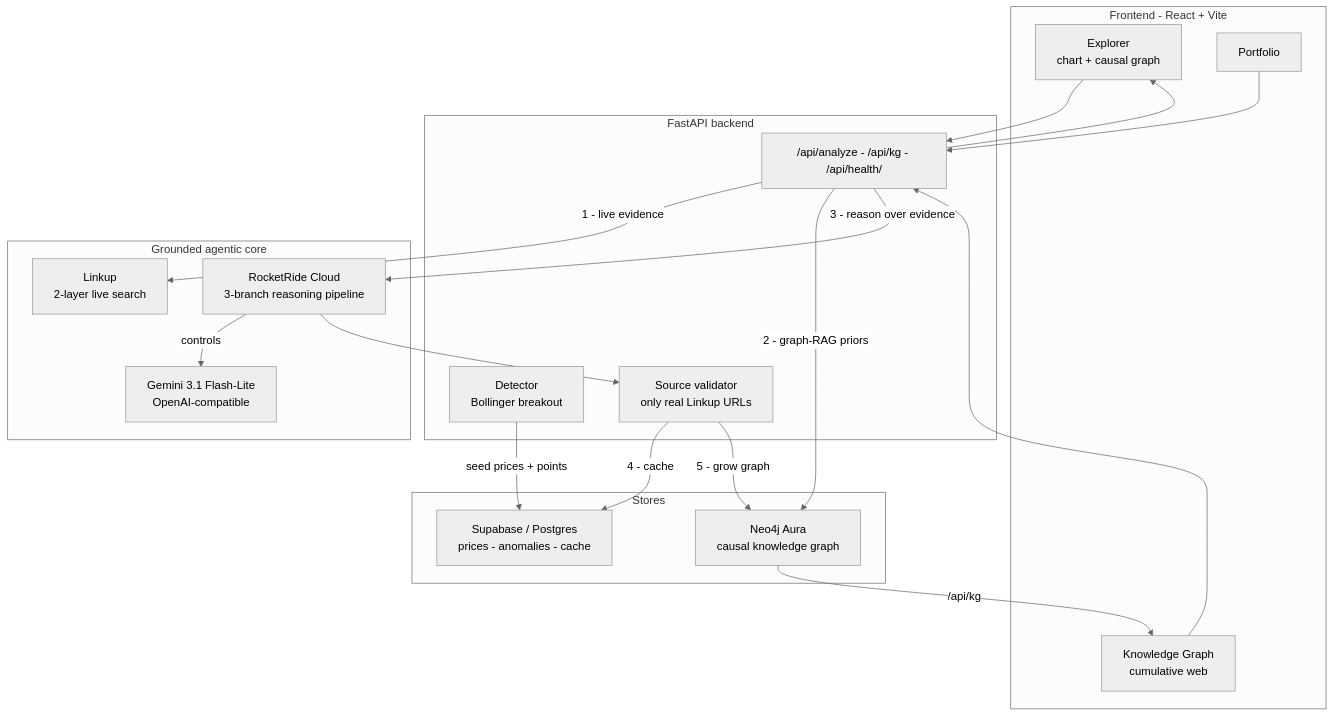
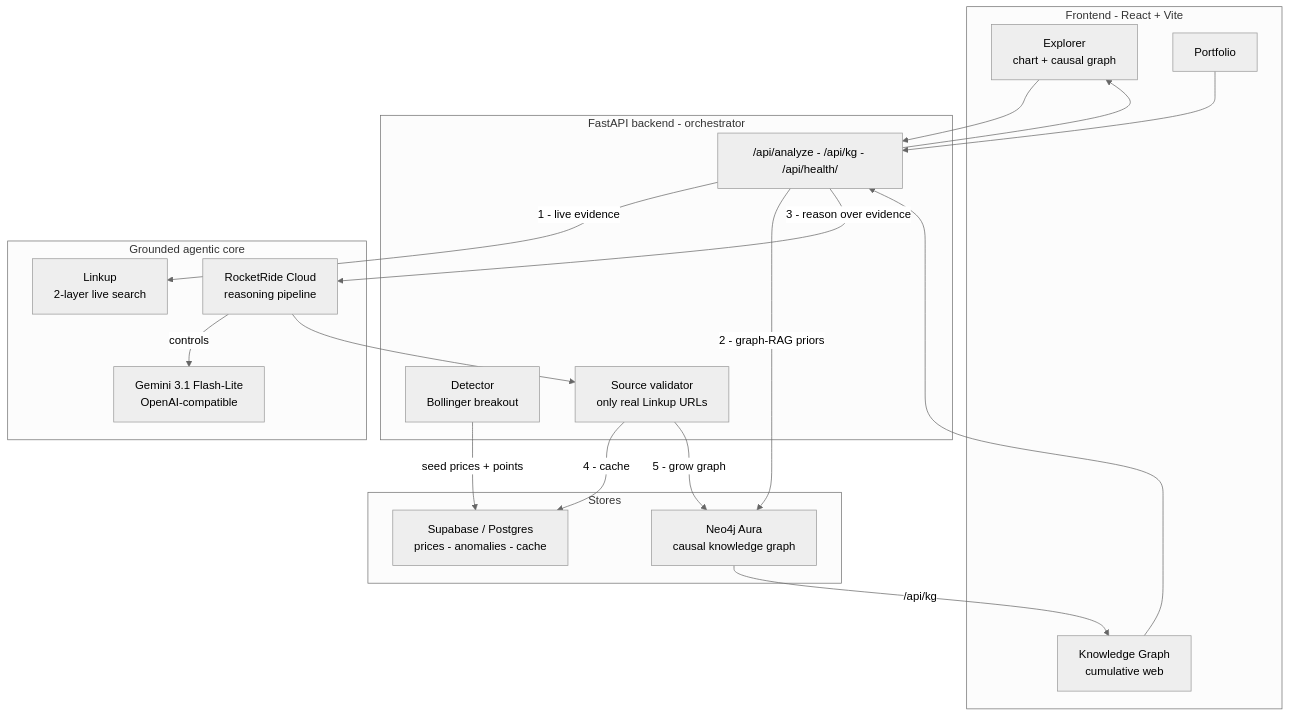
The first of 7 diagrams in README.md (hungtruongOwolf/whystreet), drawn with Mermaid (neutral theme) before and after one commit. The commit also changed other lines of this file, not shown here.

Commit message:
docs: emphasize problem (info overload), RocketRide usage, add real-time pub/sub future; declutter

````diff
--- a/README.md
+++ b/README.md
@@ -38,39 +60,39 @@
 ```mermaid
 flowchart TB
     subgraph Client["Frontend - React + Vite"]
         EX["Explorer<br/>chart + causal graph"]
         KG["Knowledge Graph<br/>cumulative web"]
         PF["Portfolio"]
     end
 
-    subgraph Backend["FastAPI backend"]
+    subgraph Backend["FastAPI backend - orchestrator"]
         API["/api/analyze - /api/kg - /api/health/"]
         DET["Detector<br/>Bollinger breakout"]
         VAL["Source validator<br/>only real Linkup URLs"]
     end
 
-    subgraph External["Grounded agentic core"]
+    subgraph Core["Grounded agentic core"]
         LU["Linkup<br/>2-layer live search"]
-        RR["RocketRide Cloud<br/>3-branch reasoning pipeline"]
+        RR["RocketRide Cloud<br/>reasoning pipeline"]
         GEM["Gemini 3.1 Flash-Lite<br/>OpenAI-compatible"]
     end
 
     subgraph Data["Stores"]
         SB["Supabase / Postgres<br/>prices - anomalies - cache"]
         NEO["Neo4j Aura<br/>causal knowledge graph"]
     end
 
     EX --> API
     KG --> API
     PF --> API
     DET -->|"seed prices + points"| SB
     API -->|"1 - live evidence"| LU
     API -->|"2 - graph-RAG priors"| NEO
     API -->|"3 - reason over evidence"| RR
     RR -->|controls| GEM
     RR --> VAL
     VAL -->|"4 - cache"| SB
     VAL -->|"5 - grow graph"| NEO
     API --> EX
     NEO -->|"/api/kg"| KG
 ```
````
